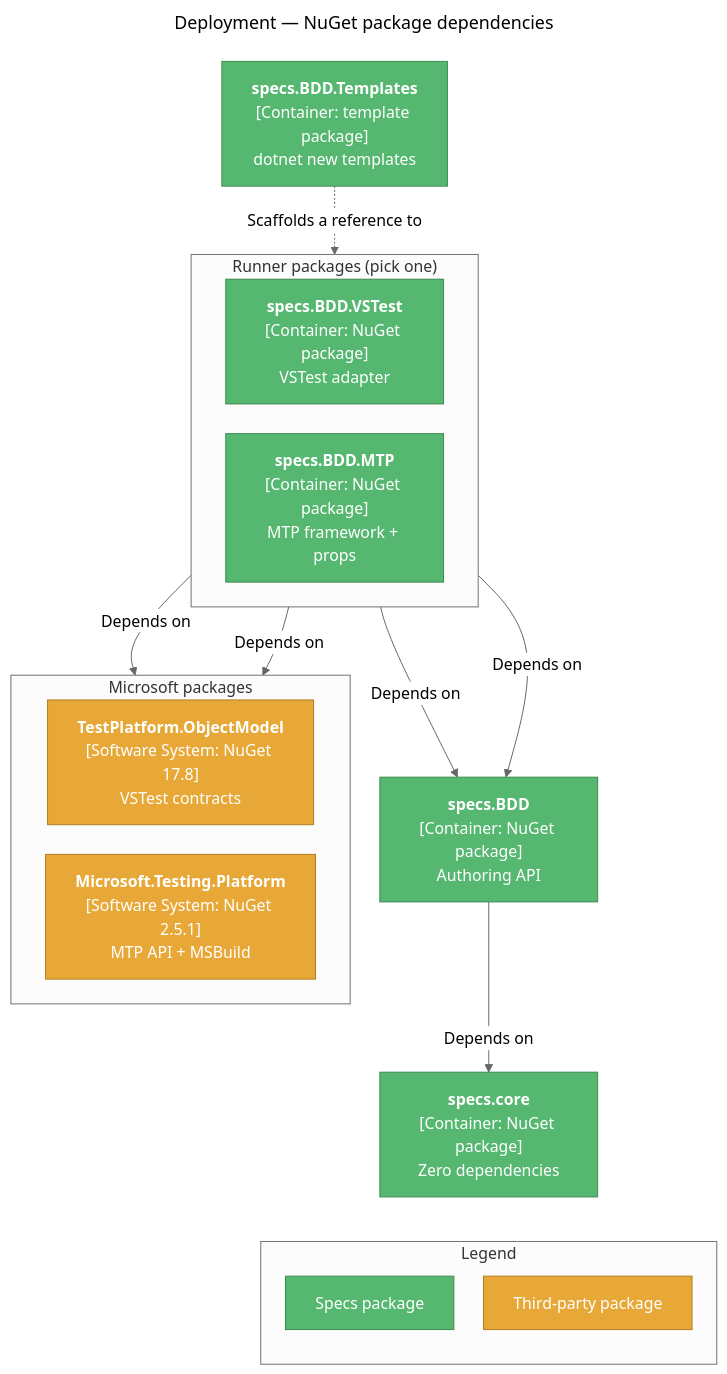
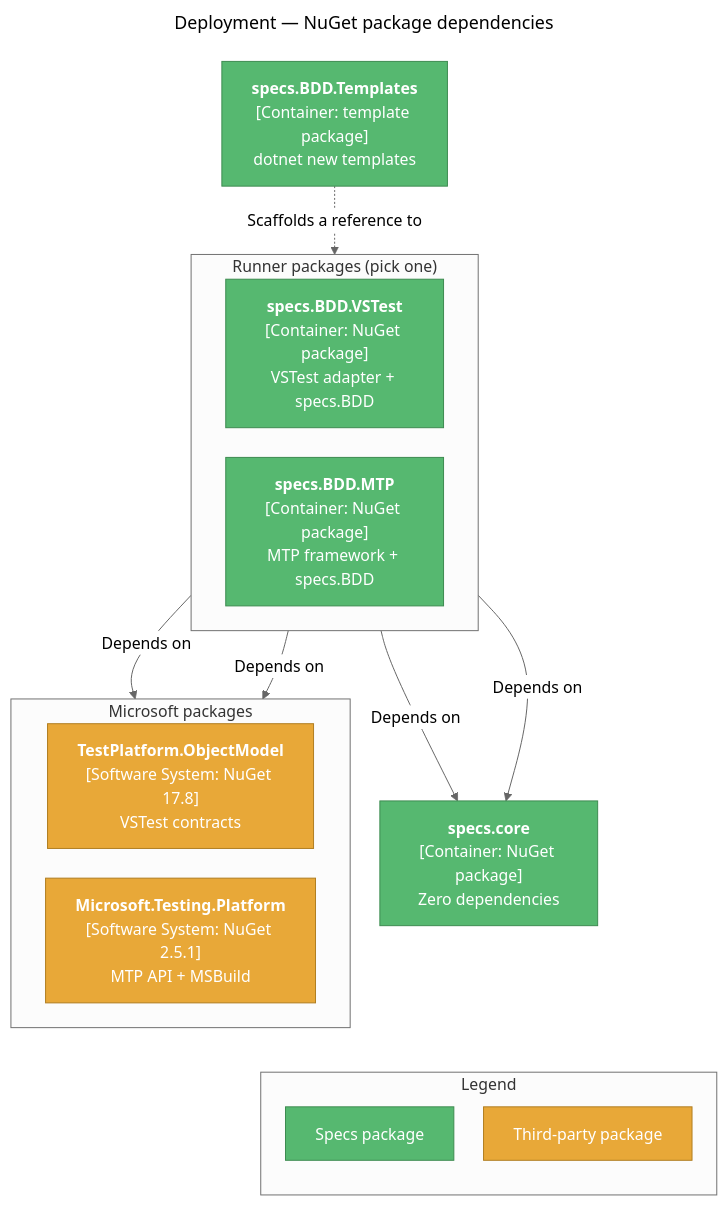
One commit to yozepi/Specs changed the ninth of 9 diagrams in documents/wiki/Architecture.md. Above: the diagram before and after it, drawn with Mermaid. The commit also changed other lines of this file and 24 other files, not shown here.

First line of the commit message:
Embed specs.BDD in runner packages (#7)

````diff
--- a/documents/wiki/Architecture.md
+++ b/documents/wiki/Architecture.md
@@ -415,40 +415,38 @@
 ```mermaid
 ---
 title: "Deployment — NuGet package dependencies"
 ---
 %%{init: {'theme': 'neutral', 'flowchart': {'nodeSpacing': 30, 'rankSpacing': 45, 'wrappingWidth': 160}}}%%
 flowchart TD
     subgraph RUNNERS["Runner packages (pick one)"]
         direction LR
-        PV["<b>specs.BDD.VSTest</b><br/>[Container: NuGet package]<br/>VSTest adapter"]:::app
-        PM["<b>specs.BDD.MTP</b><br/>[Container: NuGet package]<br/>MTP framework + props"]:::app
+        PV["<b>specs.BDD.VSTest</b><br/>[Container: NuGet package]<br/>VSTest adapter + specs.BDD"]:::app
+        PM["<b>specs.BDD.MTP</b><br/>[Container: NuGet package]<br/>MTP framework + specs.BDD"]:::app
     end
 
-    PB["<b>specs.BDD</b><br/>[Container: NuGet package]<br/>Authoring API"]:::app
     PC["<b>specs.core</b><br/>[Container: NuGet package]<br/>Zero dependencies"]:::app
     PT["<b>specs.BDD.Templates</b><br/>[Container: template package]<br/>dotnet new templates"]:::app
 
     subgraph MS["Microsoft packages"]
         direction LR
         OM["<b>TestPlatform.ObjectModel</b><br/>[Software System: NuGet 17.8]<br/>VSTest contracts"]:::external
         MP["<b>Microsoft.Testing.Platform</b><br/>[Software System: NuGet 2.5.1]<br/>MTP API + MSBuild"]:::external
     end
 
-    PV -->|"Depends on"| PB
-    PM -->|"Depends on"| PB
-    PB -->|"Depends on"| PC
+    PV -->|"Depends on"| PC
+    PM -->|"Depends on"| PC
     PV -->|"Depends on"| OM
     PM -->|"Depends on"| MP
     PT -.->|"Scaffolds a reference to"| RUNNERS
 
     subgraph Legend
         direction TB
         L1["Specs package"]:::app
         L2["Third-party package"]:::external
     end
 
     PC ~~~ Legend
 
     classDef app fill:#56B870,stroke:#3D8B50,color:#fff
     classDef external fill:#E8A838,stroke:#B07D20,color:#fff
 ```
````
